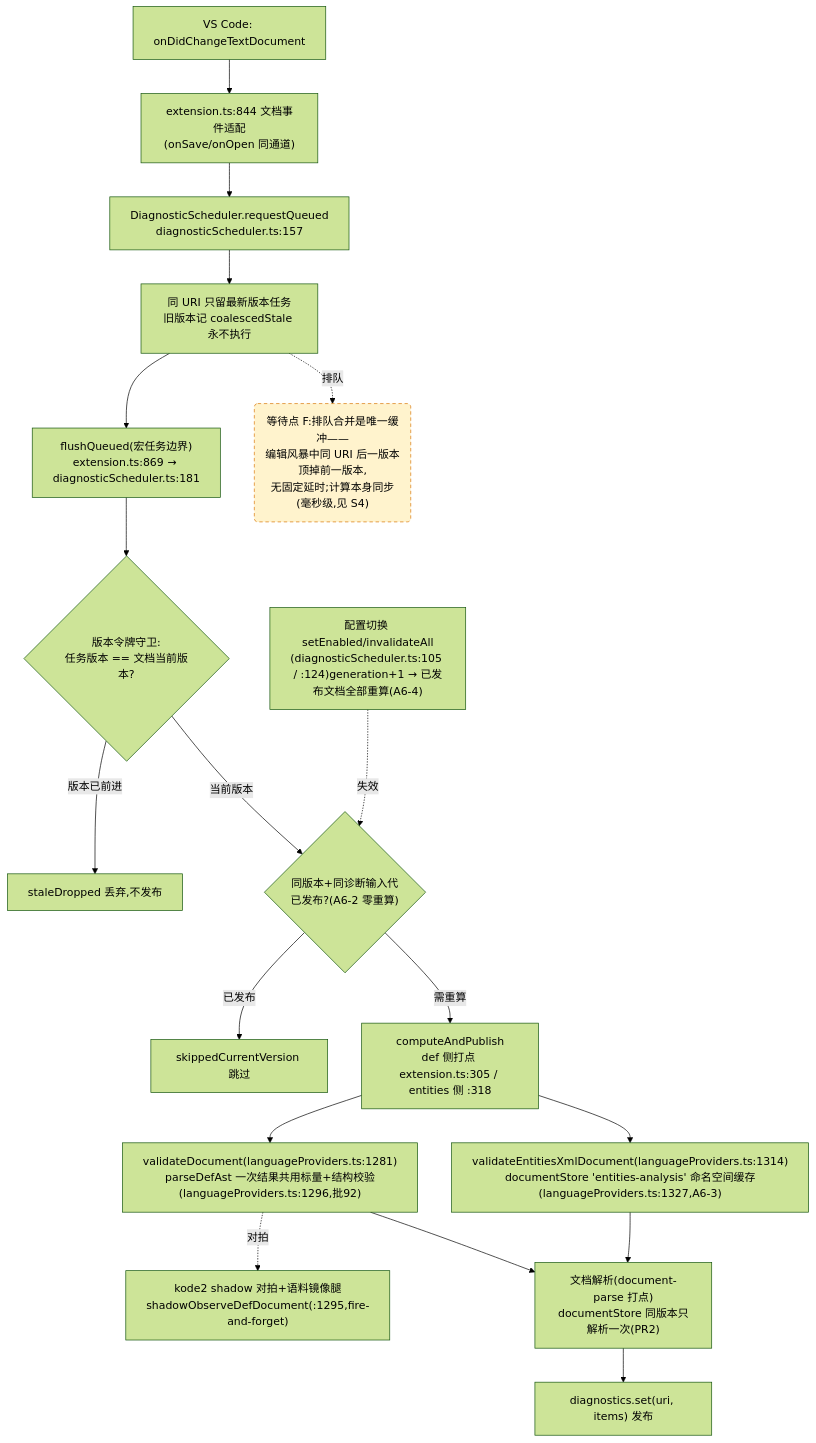
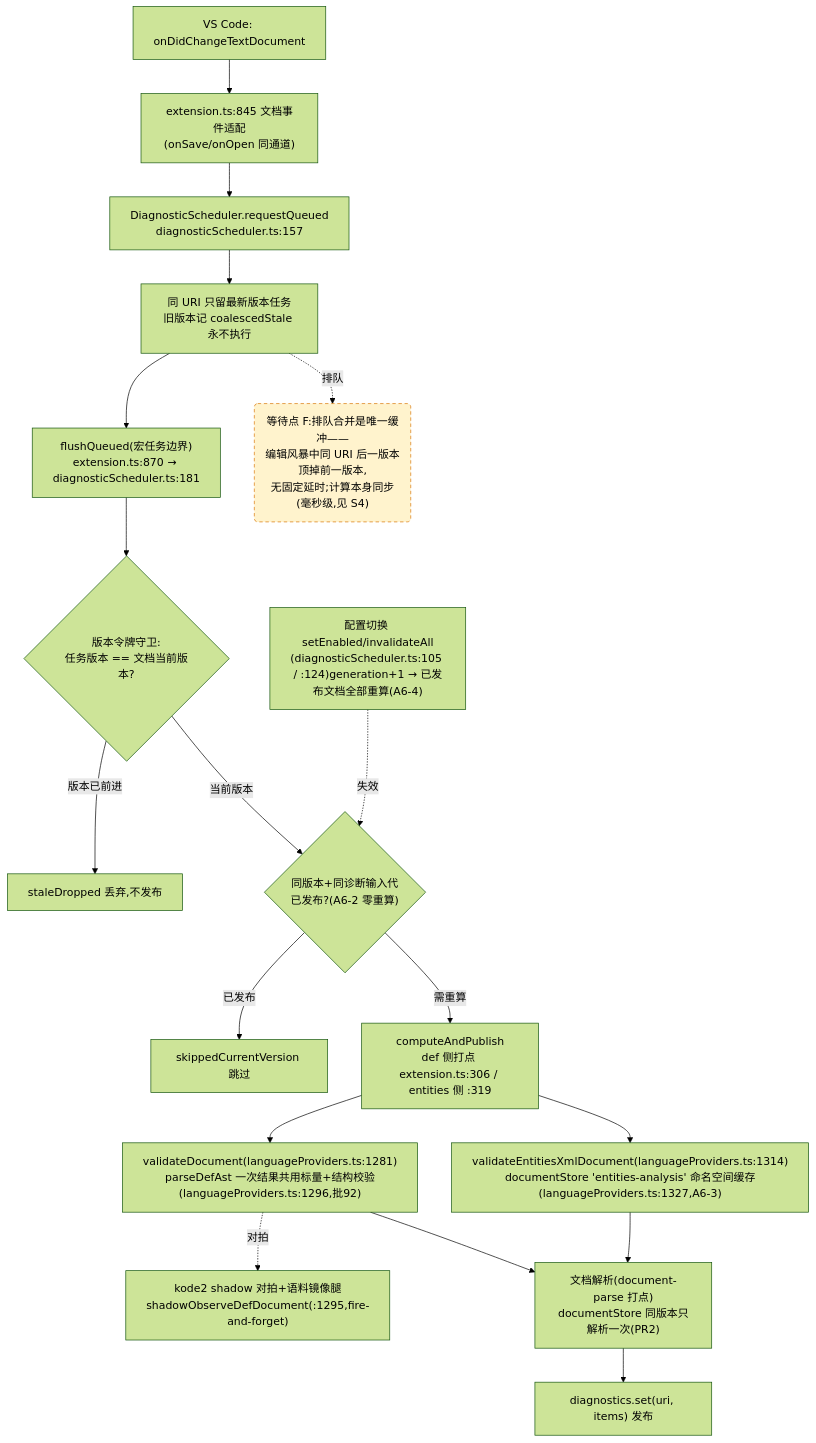
The fourth of 4 diagrams in docs/perf/2026-baseline.md (cuihairu/kode), drawn with Mermaid (forest theme) before and after one commit. The commit also changed other lines of this file and 5 other files, not shown here.

````diff
--- a/docs/perf/2026-baseline.md
+++ b/docs/perf/2026-baseline.md
@@ -214,38 +214,38 @@
 ```mermaid
 flowchart TD
   CHG["VS Code: onDidChangeTextDocument"]
-  WATCH["extension.ts:844 文档事件适配<br/>(onSave/onOpen 同通道)"]
+  WATCH["extension.ts:845 文档事件适配<br/>(onSave/onOpen 同通道)"]
   RQ["DiagnosticScheduler.requestQueued<br/>diagnosticScheduler.ts:157"]
   CO["同 URI 只留最新版本任务<br/>旧版本记 coalescedStale 永不执行"]
-  FL["flushQueued(宏任务边界)<br/>extension.ts:869 → diagnosticScheduler.ts:181"]
+  FL["flushQueued(宏任务边界)<br/>extension.ts:870 → diagnosticScheduler.ts:181"]
   VG{"版本令牌守卫:<br/>任务版本 == 文档当前版本?"}
   DROP["staleDropped 丢弃,不发布"]
   GEN{"同版本+同诊断输入代<br/>已发布?(A6-2 零重算)"}
   SKIP["skippedCurrentVersion 跳过"]
-  CALC["computeAndPublish<br/>def 侧打点 extension.ts:305 / entities 侧 :318"]
+  CALC["computeAndPublish<br/>def 侧打点 extension.ts:306 / entities 侧 :319"]
   VD["validateDocument(languageProviders.ts:1281)<br/>parseDefAst 一次结果共用标量+结构校验(languageProviders.ts:1296,批92)"]
   VEX["validateEntitiesXmlDocument(languageProviders.ts:1314)<br/>documentStore 'entities-analysis' 命名空间缓存(languageProviders.ts:1327,A6-3)"]
   SHDD["kode2 shadow 对拍+语料镜像腿<br/>shadowObserveDefDocument(:1295,fire-and-forget)"]
   DS["文档解析(document-parse 打点)<br/>documentStore 同版本只解析一次(PR2)"]
   PUB["diagnostics.set(uri, items) 发布"]
   CFG2["配置切换 setEnabled/invalidateAll<br/>(diagnosticScheduler.ts:105 / :124)generation+1 → 已发布文档全部重算(A6-4)"]
 
   CHG --> WATCH --> RQ --> CO --> FL --> VG
   VG -- "版本已前进" --> DROP
   VG -- "当前版本" --> GEN
   GEN -- "已发布" --> SKIP
   GEN -- "需重算" --> CALC
   CALC --> VD
   CALC --> VEX
   VD --> DS
   VEX --> DS
   DS --> PUB
   VD -.->|对拍| SHDD
   CFG2 -.->|失效| GEN
 
   WAITF("等待点 F:排队合并是唯一缓冲——<br/>编辑风暴中同 URI 后一版本顶掉前一版本,<br/>无固定延时;计算本身同步(毫秒级,见 S4)")
   CO -.->|排队| WAITF
 
   classDef waitPoint fill:#fff3cd,stroke:#d97706,stroke-dasharray:5 4;
   class WAITF waitPoint;
 ```
````
